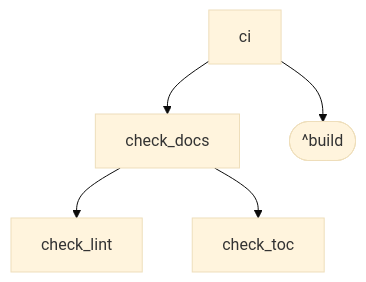
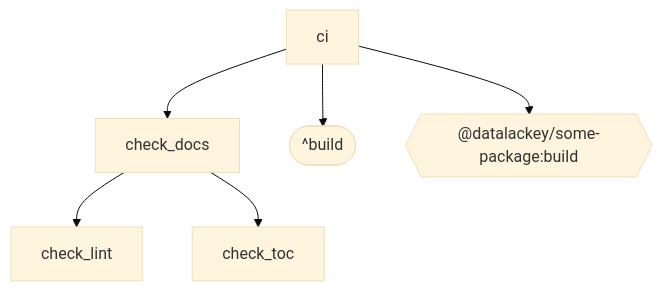
One commit to doikayt/build-tools changed the diagram in javascript/nx-graph-to-mermaid/tests/fixtures/same-project-deps/expected-readme.md. Above: the diagram before and after it, drawn with Mermaid (base theme). The commit also changed 5 other files, not shown here.

First line of the commit message:
feat: render cross-project deps as synthetic hexagon nodes in mermaid diagram

````diff
--- a/javascript/nx-graph-to-mermaid/tests/fixtures/same-project-deps/expected-readme.md
+++ b/javascript/nx-graph-to-mermaid/tests/fixtures/same-project-deps/expected-readme.md
@@ -6,15 +6,18 @@
 ```mermaid
 graph TD
 
   check_docs
   check_lint
   check_toc
   ci
 
   _caret_build(["^build"])
 
+  _xref_datalackey_some_package_build{{"@datalackey/some-package:build"}}
+
   check_docs --> check_lint
   check_docs --> check_toc
+  ci --> _xref_datalackey_some_package_build
   ci --> _caret_build
   ci --> check_docs
 ```
````
